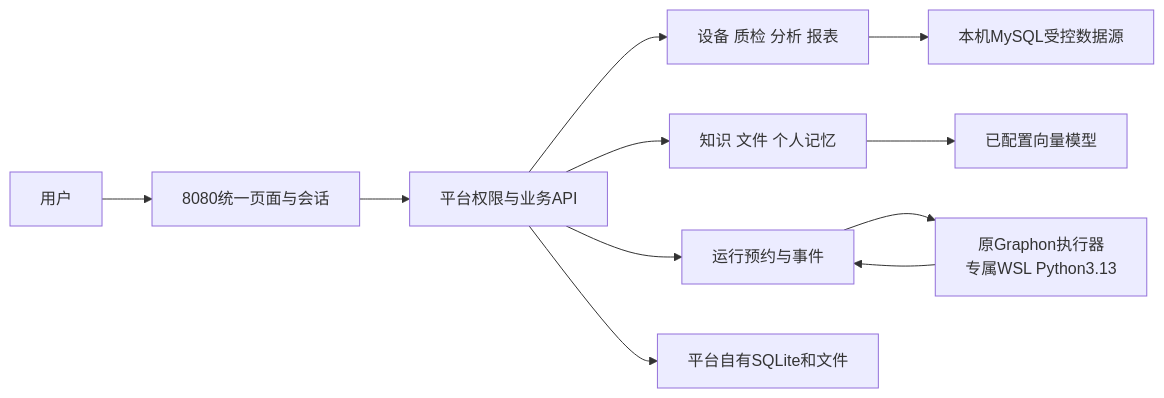
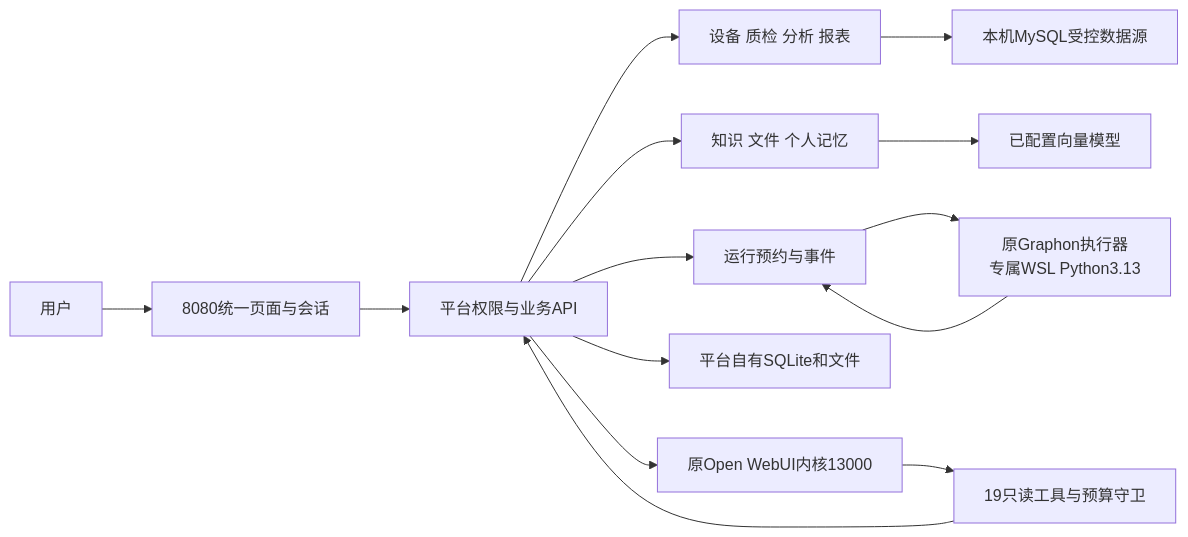
One commit to URS1023/ai_agent_company changed the first of 5 diagrams in 项目文档/02_架构与实现设计.md. Above: the diagram before and after it, drawn with Mermaid. The commit also changed other lines of this file and 127 other files, not shown here.

````diff
--- a/项目文档/02_架构与实现设计.md
+++ b/项目文档/02_架构与实现设计.md
@@ -17,13 +25,16 @@
 ```mermaid
 flowchart LR
     U[用户] --> P[8080统一页面与会话]
     P --> B[平台权限与业务API]
     B --> M[设备 质检 分析 报表]
     B --> K[知识 文件 个人记忆]
     B --> T[运行预约与事件]
     T --> G["原Graphon执行器<br/>专属WSL Python3.13"]
     G --> T
     M --> S[本机MySQL受控数据源]
     K --> V[已配置向量模型]
     B --> L[平台自有SQLite和文件]
+    B --> C[原Open WebUI内核13000]
+    C --> R[19只读工具与预算守卫]
+    R --> B
 ```
````
